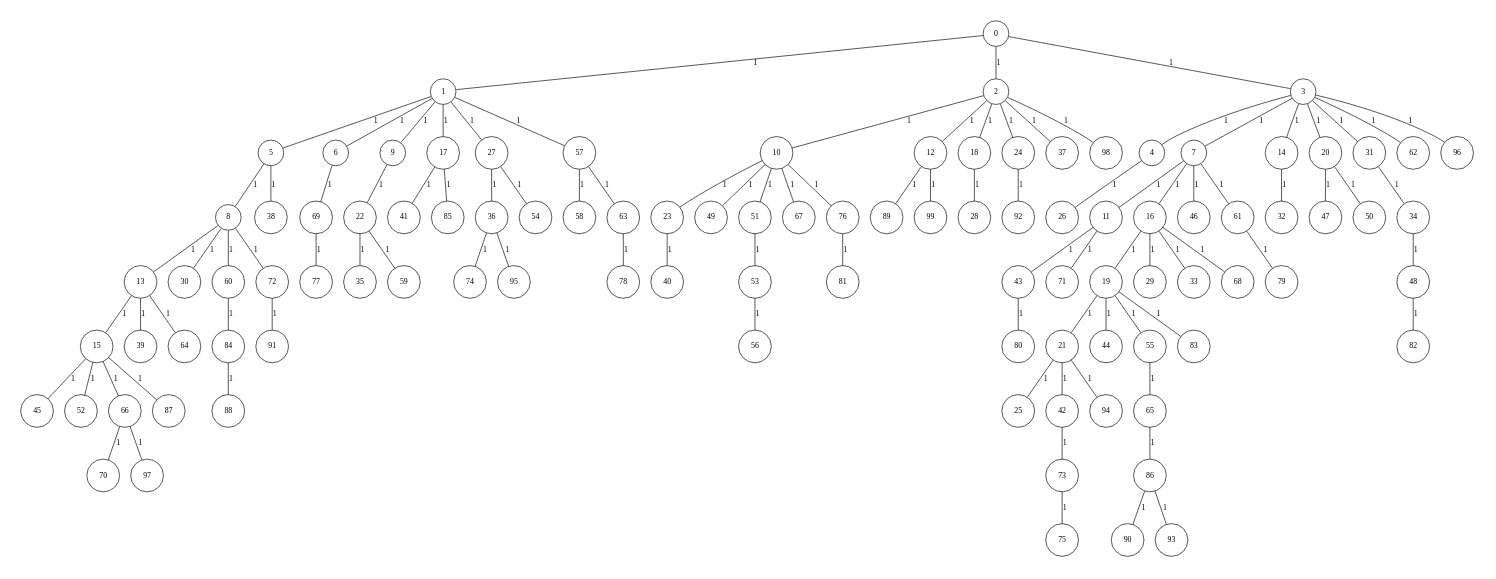
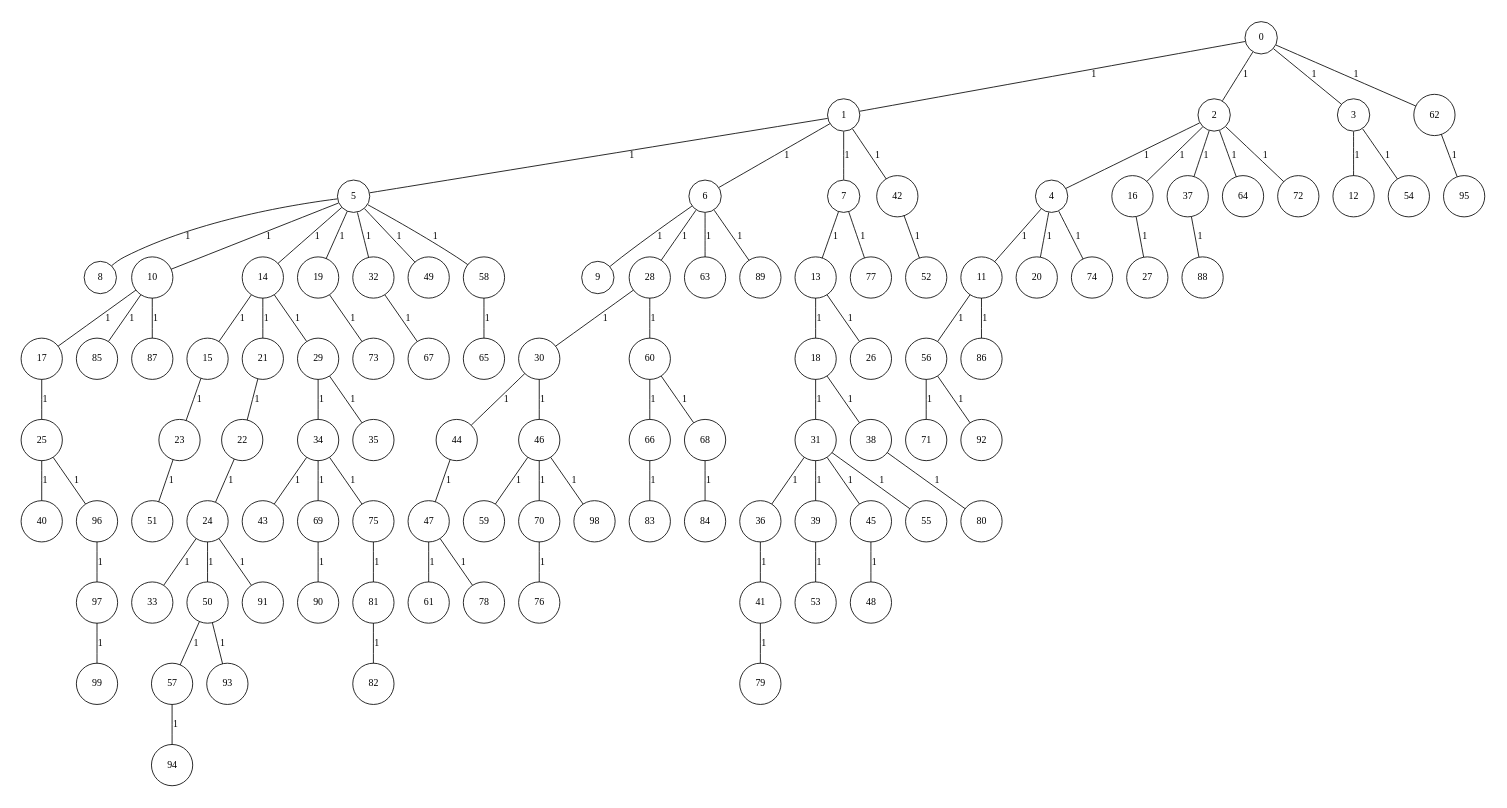
Before and after one commit to cardosodg/setcover-grasp: the diagram in GraphGenerator/input/instGraph_100_9.txt.dot, drawn with Graphviz. The commit also changed 2004 other files, not shown here.

```diff
--- a/GraphGenerator/input/instGraph_100_9.txt.dot
+++ b/GraphGenerator/input/instGraph_100_9.txt.dot
@@ -6,204 +6,204 @@
 node[shape=circle,width=.12,hight=.12,fontsize=12]
 edge[fontsize=12]
 
-0[label=" 0" color=black, pos="1.2500398,0.16567438!"];
-1[label=" 1" color=black, pos="0.31083843,2.5988508!"];
-2[label=" 2" color=black, pos="2.0541756,0.5736646!"];
-3[label=" 3" color=black, pos="0.23931253,2.9044721!"];
-4[label=" 4" color=black, pos="0.40566438,0.065709067!"];
-5[label=" 5" color=black, pos="1.8671689,0.12470545!"];
-6[label=" 6" color=black, pos="0.68404788,1.0724386!"];
-7[label=" 7" color=black, pos="2.8459571,0.9051437!"];
-8[label=" 8" color=black, pos="2.890784,0.27843492!"];
-9[label=" 9" color=black, pos="2.7451238,0.086901788!"];
-10[label=" 10" color=black, pos="2.3254215,2.2424393!"];
-11[label=" 11" color=black, pos="2.6414762,1.8264831!"];
-12[label=" 12" color=black, pos="2.990156,0.30758214!"];
-13[label=" 13" color=black, pos="0.35606184,0.77324584!"];
-14[label=" 14" color=black, pos="1.010721,0.012648268!"];
-15[label=" 15" color=black, pos="0.38112257,0.95267497!"];
-16[label=" 16" color=black, pos="0.98861005,2.4735289!"];
-17[label=" 17" color=black, pos="1.1083956,0.53303329!"];
-18[label=" 18" color=black, pos="2.2209971,2.9985511!"];
-19[label=" 19" color=black, pos="2.9223841,1.9096139!"];
-20[label=" 20" color=black, pos="0.71722634,2.769865!"];
-21[label=" 21" color=black, pos="2.6494836,0.11339789!"];
-22[label=" 22" color=black, pos="1.3887953,2.5168827!"];
-23[label=" 23" color=black, pos="0.04383813,2.0418244!"];
-24[label=" 24" color=black, pos="1.7006676,1.7661821!"];
-25[label=" 25" color=black, pos="0.075784035,2.2428802!"];
-26[label=" 26" color=black, pos="2.074688,1.1592544!"];
-27[label=" 27" color=black, pos="0.066465543,2.9096121!"];
-28[label=" 28" color=black, pos="0.28606431,2.8569801!"];
-29[label=" 29" color=black, pos="0.2225879,1.5957525!"];
-30[label=" 30" color=black, pos="2.0964241,2.381301!"];
-31[label=" 31" color=black, pos="0.5821929,1.1727104!"];
-32[label=" 32" color=black, pos="0.93847868,0.091923604!"];
-33[label=" 33" color=black, pos="2.2381078,1.3110439!"];
-34[label=" 34" color=black, pos="1.5762352,1.3098678!"];
-35[label=" 35" color=black, pos="1.5391666,2.4263926!"];
-36[label=" 36" color=black, pos="0.89895704,0.76077883!"];
-37[label=" 37" color=black, pos="0.25375061,1.7329281!"];
-38[label=" 38" color=black, pos="1.4691666,1.490437!"];
-39[label=" 39" color=black, pos="1.5373545,1.3342199!"];
-40[label=" 40" color=black, pos="0.60203987,0.49009589!"];
-41[label=" 41" color=black, pos="0.76094737,2.1529435!"];
-42[label=" 42" color=black, pos="2.2714381,0.97988324!"];
-43[label=" 43" color=black, pos="0.6822913,0.6358356!"];
-44[label=" 44" color=black, pos="1.6896485,2.7027933!"];
-45[label=" 45" color=black, pos="2.7531458,0.29357382!"];
-46[label=" 46" color=black, pos="1.5499505,0.27367182!"];
-47[label=" 47" color=black, pos="0.44715817,1.5631382!"];
-48[label=" 48" color=black, pos="0.034035316,1.8893457!"];
-49[label=" 49" color=black, pos="2.8543738,0.13216522!"];
-50[label=" 50" color=black, pos="0.5051006,0.93641656!"];
-51[label=" 51" color=black, pos="0.5183243,0.76864024!"];
-52[label=" 52" color=black, pos="1.9688666,1.1513719!"];
-53[label=" 53" color=black, pos="2.9071549,0.94432473!"];
-54[label=" 54" color=black, pos="0.22895648,2.5444105!"];
-55[label=" 55" color=black, pos="0.82588832,2.7253127!"];
-56[label=" 56" color=black, pos="1.1607827,2.6549063!"];
-57[label=" 57" color=black, pos="0.6569477,0.14096843!"];
-58[label=" 58" color=black, pos="1.89912,2.3494402!"];
-59[label=" 59" color=black, pos="2.6496372,1.6254171!"];
-60[label=" 60" color=black, pos="0.58951398,0.34051613!"];
-61[label=" 61" color=black, pos="0.22173467,1.9537744!"];
-62[label=" 62" color=black, pos="1.5028374,2.1268058!"];
-63[label=" 63" color=black, pos="0.60573348,2.1886494!"];
-64[label=" 64" color=black, pos="1.466777,0.78167274!"];
-65[label=" 65" color=black, pos="0.63062723,1.285773!"];
-66[label=" 66" color=black, pos="2.0000262,1.9471915!"];
-67[label=" 67" color=black, pos="1.7532936,0.26816706!"];
-68[label=" 68" color=black, pos="1.3493976,2.8394765!"];
-69[label=" 69" color=black, pos="1.893524,2.0218234!"];
-70[label=" 70" color=black, pos="0.2914357,2.7250872!"];
-71[label=" 71" color=black, pos="2.0007478,0.66368538!"];
-72[label=" 72" color=black, pos="1.7572922,2.5912494!"];
-73[label=" 73" color=black, pos="2.3679993,0.91766669!"];
-74[label=" 74" color=black, pos="1.5122355,1.0176888!"];
-75[label=" 75" color=black, pos="0.43746686,2.6083367!"];
-76[label=" 76" color=black, pos="0.894539,0.35799675!"];
-77[label=" 77" color=black, pos="1.2410641,1.1844245!"];
-78[label=" 78" color=black, pos="2.5284494,0.42966898!"];
-79[label=" 79" color=black, pos="2.8232482,2.9967219!"];
-80[label=" 80" color=black, pos="2.5387125,0.96845987!"];
-81[label=" 81" color=black, pos="2.4649936,1.2747372!"];
-82[label=" 82" color=black, pos="1.7509848,0.24275828!"];
-83[label=" 83" color=black, pos="0.57828181,0.97531612!"];
-84[label=" 84" color=black, pos="0.29890823,1.2608839!"];
-85[label=" 85" color=black, pos="1.7131331,0.072472128!"];
-86[label=" 86" color=black, pos="2.35482,2.7707797!"];
-87[label=" 87" color=black, pos="2.5954955,2.7586086!"];
-88[label=" 88" color=black, pos="0.3554729,2.0409197!"];
-89[label=" 89" color=black, pos="2.613195,0.7976957!"];
-90[label=" 90" color=black, pos="0.60808297,2.5526315!"];
-91[label=" 91" color=black, pos="0.89154897,0.65918559!"];
-92[label=" 92" color=black, pos="0.86126048,2.7304295!"];
-93[label=" 93" color=black, pos="2.3653778,2.815976!"];
-94[label=" 94" color=black, pos="1.3050428,0.89826597!"];
-95[label=" 95" color=black, pos="1.3542573,1.0347462!"];
-96[label=" 96" color=black, pos="1.3839431,0.53019678!"];
-97[label=" 97" color=black, pos="0.39132294,1.3613179!"];
-98[label=" 98" color=black, pos="1.3683465,2.1857707!"];
-99[label=" 99" color=black, pos="1.441897,1.4503526!"];
+0[label=" 0" color=black, pos="0.94032377,2.2045188!"];
+1[label=" 1" color=black, pos="1.8089909,2.2822953!"];
+2[label=" 2" color=black, pos="0.59279341,1.2406832!"];
+3[label=" 3" color=black, pos="1.641597,0.26828914!"];
+4[label=" 4" color=black, pos="0.12913943,0.60911679!"];
+5[label=" 5" color=black, pos="0.98567942,0.46739443!"];
+6[label=" 6" color=black, pos="0.23593905,2.3846329!"];
+7[label=" 7" color=black, pos="0.083776883,0.53657244!"];
+8[label=" 8" color=black, pos="1.1672778,1.3325057!"];
+9[label=" 9" color=black, pos="0.15581214,1.6113563!"];
+10[label=" 10" color=black, pos="1.1393568,1.9785106!"];
+11[label=" 11" color=black, pos="2.8534368,1.3396231!"];
+12[label=" 12" color=black, pos="2.6882961,0.037573968!"];
+13[label=" 13" color=black, pos="2.4459362,2.5384223!"];
+14[label=" 14" color=black, pos="0.094907812,2.3505268!"];
+15[label=" 15" color=black, pos="0.84624129,2.2027854!"];
+16[label=" 16" color=black, pos="2.6281905,2.9897879!"];
+17[label=" 17" color=black, pos="2.150092,0.53260817!"];
+18[label=" 18" color=black, pos="1.4531837,2.0704025!"];
+19[label=" 19" color=black, pos="2.7579184,0.2891968!"];
+20[label=" 20" color=black, pos="1.3587656,1.1201901!"];
+21[label=" 21" color=black, pos="2.8317392,0.48657709!"];
+22[label=" 22" color=black, pos="0.58166775,1.1053317!"];
+23[label=" 23" color=black, pos="0.72420305,1.4414282!"];
+24[label=" 24" color=black, pos="1.843408,0.13639616!"];
+25[label=" 25" color=black, pos="2.0323602,2.2829488!"];
+26[label=" 26" color=black, pos="1.1801231,2.7921645!"];
+27[label=" 27" color=black, pos="2.763377,1.384256!"];
+28[label=" 28" color=black, pos="2.408132,2.9268444!"];
+29[label=" 29" color=black, pos="1.1630586,1.1665182!"];
+30[label=" 30" color=black, pos="1.2505254,1.1726354!"];
+31[label=" 31" color=black, pos="0.57996687,1.3271219!"];
+32[label=" 32" color=black, pos="2.0452796,0.41687493!"];
+33[label=" 33" color=black, pos="1.1325224,2.5631838!"];
+34[label=" 34" color=black, pos="2.053175,1.250687!"];
+35[label=" 35" color=black, pos="0.43670957,2.9386946!"];
+36[label=" 36" color=black, pos="0.13938916,1.0847128!"];
+37[label=" 37" color=black, pos="2.2789605,2.0471742!"];
+38[label=" 38" color=black, pos="0.52308087,2.5042143!"];
+39[label=" 39" color=black, pos="0.83387315,2.5264226!"];
+40[label=" 40" color=black, pos="1.2948543,0.95679259!"];
+41[label=" 41" color=black, pos="2.6431213,1.7400223!"];
+42[label=" 42" color=black, pos="2.8753247,1.5128482!"];
+43[label=" 43" color=black, pos="0.62565224,1.1568759!"];
+44[label=" 44" color=black, pos="0.31708183,1.0674892!"];
+45[label=" 45" color=black, pos="0.49281972,1.1255282!"];
+46[label=" 46" color=black, pos="0.33447291,1.1189483!"];
+47[label=" 47" color=black, pos="2.4610787,2.0474988!"];
+48[label=" 48" color=black, pos="1.5886685,2.1833098!"];
+49[label=" 49" color=black, pos="0.52426777,1.9280861!"];
+50[label=" 50" color=black, pos="1.9140413,1.7116267!"];
+51[label=" 51" color=black, pos="1.8924771,1.304735!"];
+52[label=" 52" color=black, pos="1.1100913,2.8056013!"];
+53[label=" 53" color=black, pos="1.4868875,2.6188116!"];
+54[label=" 54" color=black, pos="2.560872,2.9897064!"];
+55[label=" 55" color=black, pos="0.38313084,0.7778838!"];
+56[label=" 56" color=black, pos="1.0414966,0.20358918!"];
+57[label=" 57" color=black, pos="2.8845257,0.96535684!"];
+58[label=" 58" color=black, pos="1.5726096,0.33826057!"];
+59[label=" 59" color=black, pos="1.5454861,0.67464566!"];
+60[label=" 60" color=black, pos="2.0152197,2.2584883!"];
+61[label=" 61" color=black, pos="1.4113765,1.3234675!"];
+62[label=" 62" color=black, pos="2.6150597,0.99419926!"];
+63[label=" 63" color=black, pos="2.3503792,1.9699899!"];
+64[label=" 64" color=black, pos="0.73327667,2.9576402!"];
+65[label=" 65" color=black, pos="0.30525438,2.4163694!"];
+66[label=" 66" color=black, pos="0.59998055,1.3429506!"];
+67[label=" 67" color=black, pos="1.3976255,0.80104396!"];
+68[label=" 68" color=black, pos="0.49784326,2.9149523!"];
+69[label=" 69" color=black, pos="0.93683211,1.8814683!"];
+70[label=" 70" color=black, pos="2.5515937,2.5500824!"];
+71[label=" 71" color=black, pos="2.6477506,1.2938486!"];
+72[label=" 72" color=black, pos="1.6936515,1.9988296!"];
+73[label=" 73" color=black, pos="2.1744858,2.8767698!"];
+74[label=" 74" color=black, pos="0.16982897,0.91993303!"];
+75[label=" 75" color=black, pos="0.23731672,2.9802996!"];
+76[label=" 76" color=black, pos="0.78050924,0.64437974!"];
+77[label=" 77" color=black, pos="1.1336716,1.2692332!"];
+78[label=" 78" color=black, pos="1.4015155,1.5872381!"];
+79[label=" 79" color=black, pos="0.33938793,1.4302934!"];
+80[label=" 80" color=black, pos="1.1325755,1.0319453!"];
+81[label=" 81" color=black, pos="2.844322,1.0815278!"];
+82[label=" 82" color=black, pos="1.1284355,2.5816054!"];
+83[label=" 83" color=black, pos="2.7224378,0.10091218!"];
+84[label=" 84" color=black, pos="1.4571569,0.22028837!"];
+85[label=" 85" color=black, pos="0.27113993,1.2760938!"];
+86[label=" 86" color=black, pos="1.3088371,1.7219216!"];
+87[label=" 87" color=black, pos="2.7444186,1.6812645!"];
+88[label=" 88" color=black, pos="0.58133798,1.1840555!"];
+89[label=" 89" color=black, pos="2.6219248,0.43981098!"];
+90[label=" 90" color=black, pos="2.267044,2.1161124!"];
+91[label=" 91" color=black, pos="2.5833215,1.4924288!"];
+92[label=" 92" color=black, pos="1.9623165,1.6313068!"];
+93[label=" 93" color=black, pos="0.20223874,1.9061119!"];
+94[label=" 94" color=black, pos="2.7707325,2.1593009!"];
+95[label=" 95" color=black, pos="0.78024851,0.39214514!"];
+96[label=" 96" color=black, pos="2.5537751,2.7872465!"];
+97[label=" 97" color=black, pos="0.84178386,0.92606015!"];
+98[label=" 98" color=black, pos="1.2484739,1.0983097!"];
+99[label=" 99" color=black, pos="0.25919718,2.8722737!"];
 0--1[label="1"]
 0--2[label="1"]
 0--3[label="1"]
+0--62[label="1"]
 1--5[label="1"]
 1--6[label="1"]
-1--9[label="1"]
-1--17[label="1"]
-1--27[label="1"]
-1--57[label="1"]
-2--10[label="1"]
-2--12[label="1"]
-2--18[label="1"]
-2--24[label="1"]
+1--7[label="1"]
+1--42[label="1"]
+2--4[label="1"]
+2--16[label="1"]
 2--37[label="1"]
-2--98[label="1"]
-3--4[label="1"]
-3--7[label="1"]
-3--14[label="1"]
-3--20[label="1"]
-3--31[label="1"]
-3--62[label="1"]
-3--96[label="1"]
-4--26[label="1"]
+2--64[label="1"]
+2--72[label="1"]
+3--12[label="1"]
+3--54[label="1"]
+4--11[label="1"]
+4--20[label="1"]
+4--74[label="1"]
 5--8[label="1"]
-5--38[label="1"]
-6--69[label="1"]
-7--11[label="1"]
-7--16[label="1"]
-7--46[label="1"]
-7--61[label="1"]
-8--13[label="1"]
-8--30[label="1"]
-8--60[label="1"]
-8--72[label="1"]
-9--22[label="1"]
-10--23[label="1"]
-10--49[label="1"]
-10--51[label="1"]
-10--67[label="1"]
-10--76[label="1"]
-11--43[label="1"]
-11--71[label="1"]
-12--89[label="1"]
-12--99[label="1"]
-13--15[label="1"]
-13--39[label="1"]
-13--64[label="1"]
-14--32[label="1"]
-15--45[label="1"]
-15--52[label="1"]
-15--66[label="1"]
-15--87[label="1"]
-16--19[label="1"]
-16--29[label="1"]
-16--33[label="1"]
-16--68[label="1"]
-17--41[label="1"]
-17--85[label="1"]
-18--28[label="1"]
-19--21[label="1"]
-19--44[label="1"]
-19--55[label="1"]
-19--83[label="1"]
-20--47[label="1"]
-20--50[label="1"]
-21--25[label="1"]
-21--42[label="1"]
-21--94[label="1"]
-22--35[label="1"]
-22--59[label="1"]
-23--40[label="1"]
-24--92[label="1"]
-27--36[label="1"]
-27--54[label="1"]
-31--34[label="1"]
-34--48[label="1"]
-36--74[label="1"]
-36--95[label="1"]
-42--73[label="1"]
-43--80[label="1"]
-48--82[label="1"]
-51--53[label="1"]
-53--56[label="1"]
-55--65[label="1"]
-57--58[label="1"]
-57--63[label="1"]
-60--84[label="1"]
-61--79[label="1"]
-63--78[label="1"]
-65--86[label="1"]
-66--70[label="1"]
-66--97[label="1"]
-69--77[label="1"]
-72--91[label="1"]
-73--75[label="1"]
-76--81[label="1"]
-84--88[label="1"]
-86--90[label="1"]
-86--93[label="1"]
+5--10[label="1"]
+5--14[label="1"]
+5--19[label="1"]
+5--32[label="1"]
+5--49[label="1"]
+5--58[label="1"]
+6--9[label="1"]
+6--28[label="1"]
+6--63[label="1"]
+6--89[label="1"]
+7--13[label="1"]
+7--77[label="1"]
+10--17[label="1"]
+10--85[label="1"]
+10--87[label="1"]
+11--56[label="1"]
+11--86[label="1"]
+13--18[label="1"]
+13--26[label="1"]
+14--15[label="1"]
+14--21[label="1"]
+14--29[label="1"]
+15--23[label="1"]
+16--27[label="1"]
+17--25[label="1"]
+18--31[label="1"]
+18--38[label="1"]
+19--73[label="1"]
+21--22[label="1"]
+22--24[label="1"]
+23--51[label="1"]
+24--33[label="1"]
+24--50[label="1"]
+24--91[label="1"]
+25--40[label="1"]
+25--96[label="1"]
+28--30[label="1"]
+28--60[label="1"]
+29--34[label="1"]
+29--35[label="1"]
+30--44[label="1"]
+30--46[label="1"]
+31--36[label="1"]
+31--39[label="1"]
+31--45[label="1"]
+31--55[label="1"]
+32--67[label="1"]
+34--43[label="1"]
+34--69[label="1"]
+34--75[label="1"]
+36--41[label="1"]
+37--88[label="1"]
+38--80[label="1"]
+39--53[label="1"]
+41--79[label="1"]
+42--52[label="1"]
+44--47[label="1"]
+45--48[label="1"]
+46--59[label="1"]
+46--70[label="1"]
+46--98[label="1"]
+47--61[label="1"]
+47--78[label="1"]
+50--57[label="1"]
+50--93[label="1"]
+56--71[label="1"]
+56--92[label="1"]
+57--94[label="1"]
+58--65[label="1"]
+60--66[label="1"]
+60--68[label="1"]
+62--95[label="1"]
+66--83[label="1"]
+68--84[label="1"]
+69--90[label="1"]
+70--76[label="1"]
+75--81[label="1"]
+81--82[label="1"]
+96--97[label="1"]
+97--99[label="1"]
 
 }
```
